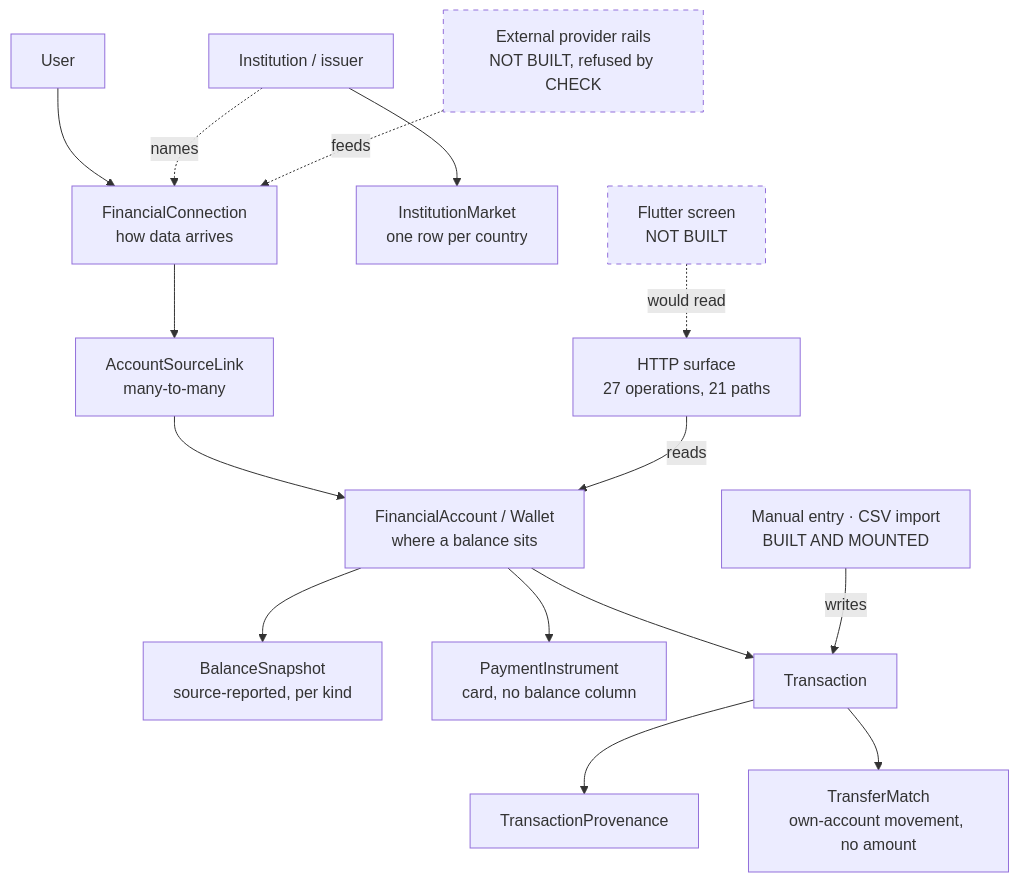
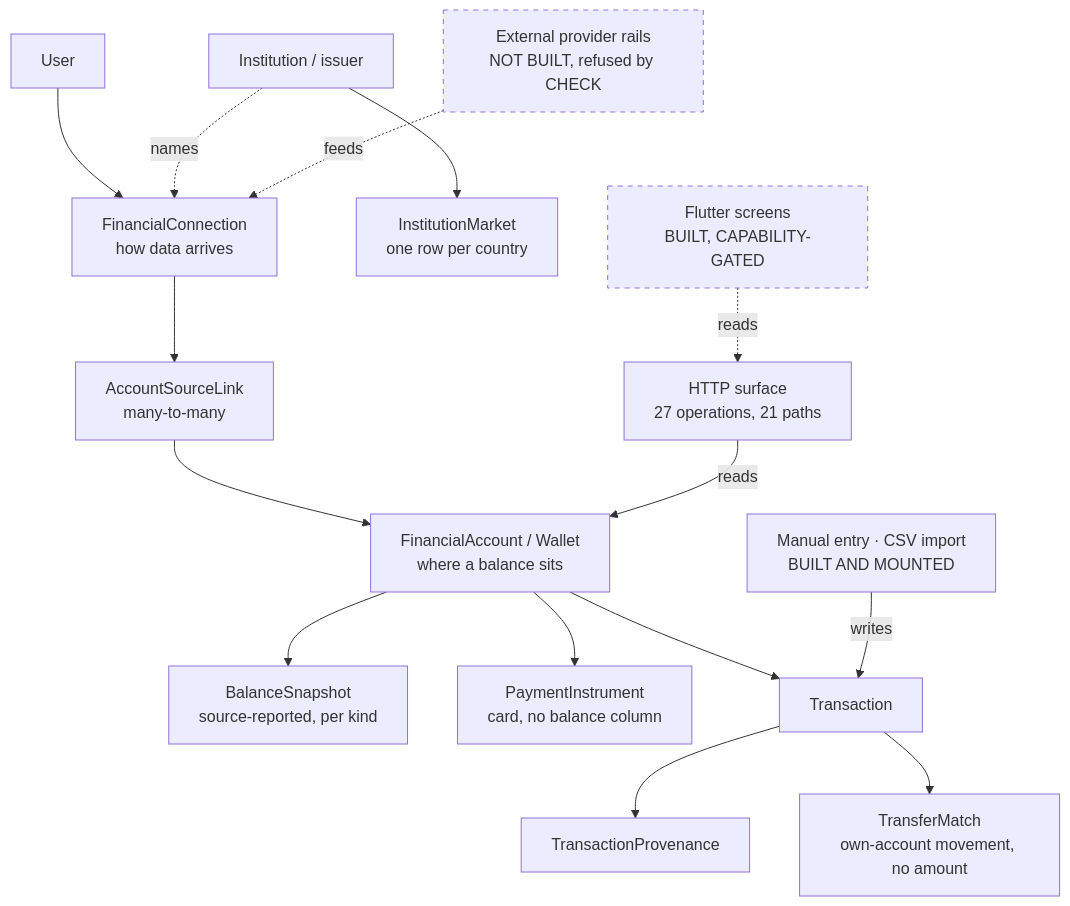
One commit to MoayadAlobaidi/Karar-Flutter-version changed the third of 3 diagrams in README.md. Above: the diagram before and after it, drawn with Mermaid. The commit also changed other lines of this file and 9 other files, not shown here.

````diff
--- a/README.md
+++ b/README.md
@@ -203,20 +203,20 @@
 ```mermaid
 graph TD
   U[User] --> C[FinancialConnection<br/>how data arrives]
   I[Institution / issuer] --> M[InstitutionMarket<br/>one row per country]
   I -.names.-> C
   C --> L[AccountSourceLink<br/>many-to-many]
   L --> A[FinancialAccount / Wallet<br/>where a balance sits]
   A --> S[BalanceSnapshot<br/>source-reported, per kind]
   A --> PI[PaymentInstrument<br/>card, no balance column]
   A --> T[Transaction]
   T --> P[TransactionProvenance]
   T --> TM[TransferMatch<br/>own-account movement, no amount]
   ING[Manual entry · CSV import<br/>BUILT AND MOUNTED] --writes--> T
   HTTP[HTTP surface<br/>27 operations, 21 paths] --reads--> A
-  FLU[Flutter screen<br/>NOT BUILT] -.would read.-> HTTP
+  FLU[Flutter screens<br/>BUILT, CAPABILITY-GATED] -.reads.-> HTTP
   EXT[External provider rails<br/>NOT BUILT, refused by CHECK] -.feeds.-> C
 
   style FLU stroke-dasharray: 5 5
   style EXT stroke-dasharray: 5 5
 ```
````
